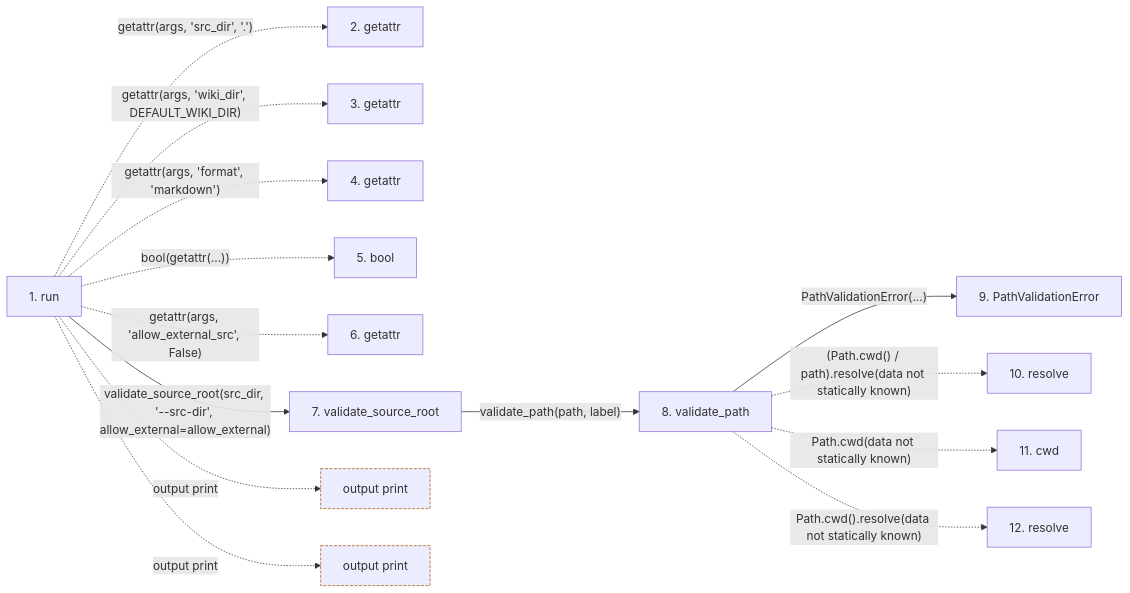
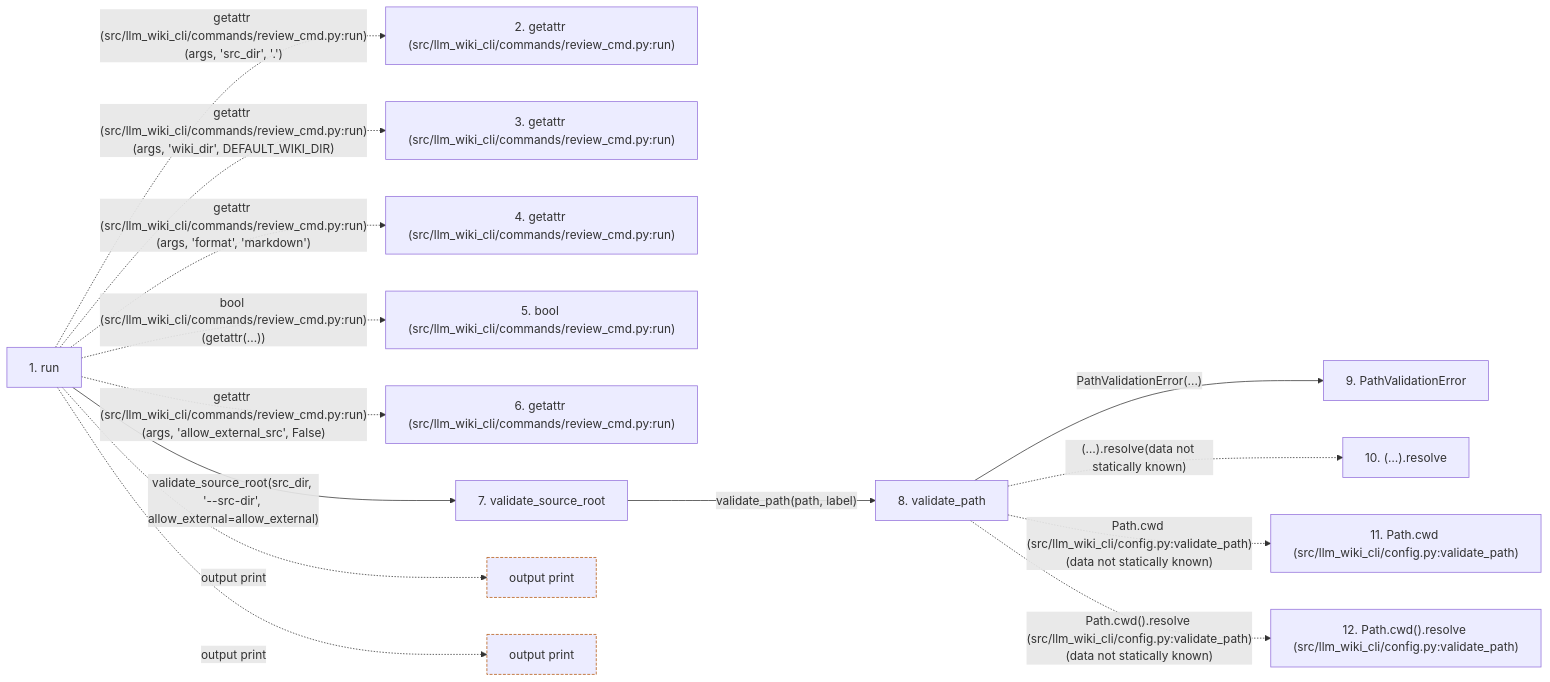
The second of 2 diagrams in docs/llm_wiki/flows/cli-review.md (Denissvgn/python-wiki-llm), drawn with Mermaid before and after one commit. The commit also changed other lines of this file and 719 other files, not shown here.

````diff
--- a/docs/llm_wiki/flows/cli-review.md
+++ b/docs/llm_wiki/flows/cli-review.md
@@ -96,37 +101,37 @@
 ```mermaid
 flowchart LR
     s1["1. run"]
-    s2["2. getattr"]
-    s3["3. getattr"]
-    s4["4. getattr"]
-    s5["5. bool"]
-    s6["6. getattr"]
+    s2["2. getattr (src/llm_wiki_cli/commands/review_cmd.py:run)"]
+    s3["3. getattr (src/llm_wiki_cli/commands/review_cmd.py:run)"]
+    s4["4. getattr (src/llm_wiki_cli/commands/review_cmd.py:run)"]
+    s5["5. bool (src/llm_wiki_cli/commands/review_cmd.py:run)"]
+    s6["6. getattr (src/llm_wiki_cli/commands/review_cmd.py:run)"]
     s7["7. validate_source_root"]
     s8["8. validate_path"]
     s9["9. PathValidationError"]
-    s10["10. resolve"]
-    s11["11. cwd"]
-    s12["12. resolve"]
-    s1 -. "getattr(args, 'src_dir', '.')" .-> s2
-    s1 -. "getattr(args, 'wiki_dir', DEFAULT_WIKI_DIR)" .-> s3
-    s1 -. "getattr(args, 'format', 'markdown')" .-> s4
-    s1 -. "bool(getattr(...))" .-> s5
-    s1 -. "getattr(args, 'allow_external_src', False)" .-> s6
+    s10["10. (…).resolve"]
+    s11["11. Path.cwd (src/llm_wiki_cli/config.py:validate_path)"]
+    s12["12. Path.cwd().resolve (src/llm_wiki_cli/config.py:validate_path)"]
+    s1 -. "getattr (src/llm_wiki_cli/commands/review_cmd.py:run)(args, 'src_dir', '.')" .-> s2
+    s1 -. "getattr (src/llm_wiki_cli/commands/review_cmd.py:run)(args, 'wiki_dir', DEFAULT_WIKI_DIR)" .-> s3
+    s1 -. "getattr (src/llm_wiki_cli/commands/review_cmd.py:run)(args, 'format', 'markdown')" .-> s4
+    s1 -. "bool (src/llm_wiki_cli/commands/review_cmd.py:run)(getattr(...))" .-> s5
+    s1 -. "getattr (src/llm_wiki_cli/commands/review_cmd.py:run)(args, 'allow_external_src', False)" .-> s6
     s1 -->|"validate_source_root(src_dir, '--src-dir', allow_external=allow_external)"| s7
     s7 -->|"validate_path(path, label)"| s8
     s8 -->|"PathValidationError(...)"| s9
-    s8 -. "(Path.cwd() / path).resolve(data not statically known)" .-> s10
-    s8 -. "Path.cwd(data not statically known)" .-> s11
-    s8 -. "Path.cwd().resolve(data not statically known)" .-> s12
+    s8 -. "(…).resolve(data not statically known)" .-> s10
+    s8 -. "Path.cwd (src/llm_wiki_cli/config.py:validate_path)(data not statically known)" .-> s11
+    s8 -. "Path.cwd().resolve (src/llm_wiki_cli/config.py:validate_path)(data not statically known)" .-> s12
     b0["output print"]
     s1 -. "output print" .-> b0
     b1["output print"]
     s1 -. "output print" .-> b1
     click s1 "../modules/review_cmd.md"
     click s7 "../modules/config.md"
     click s8 "../modules/config.md"
     click s9 "../modules/config.md"
     classDef boundary stroke:#b45309,stroke-dasharray: 4 2
     class b0 boundary
     class b1 boundary
 ```
````
